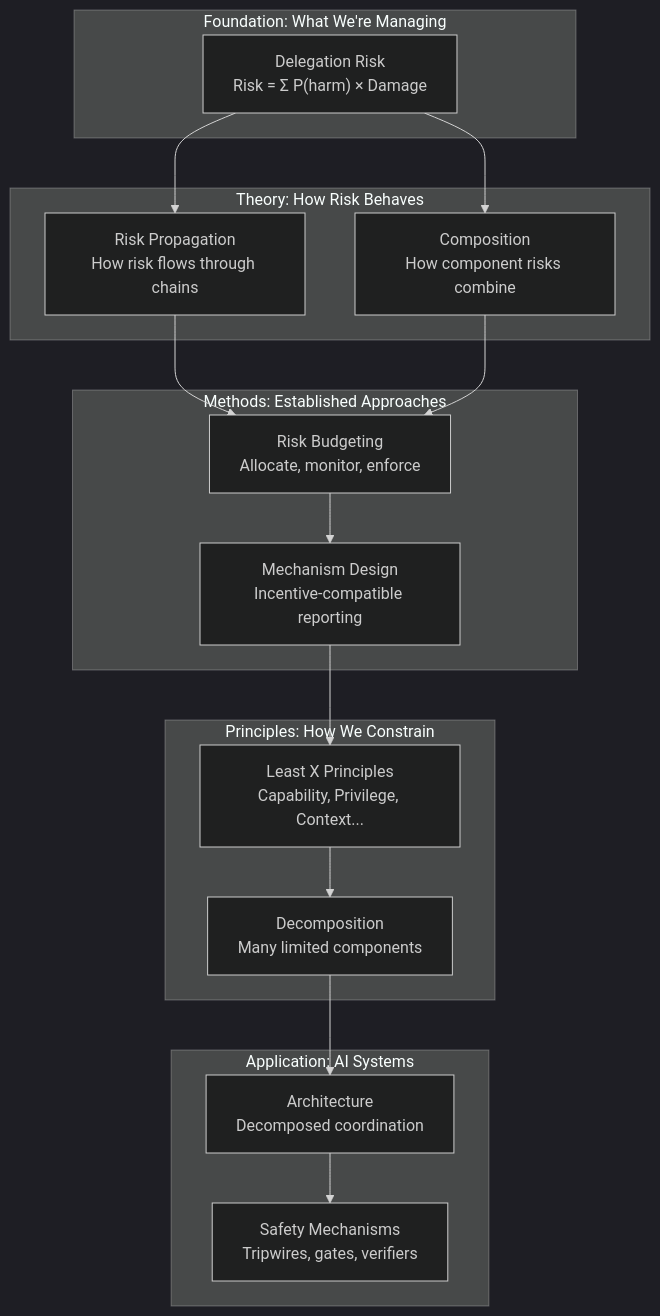
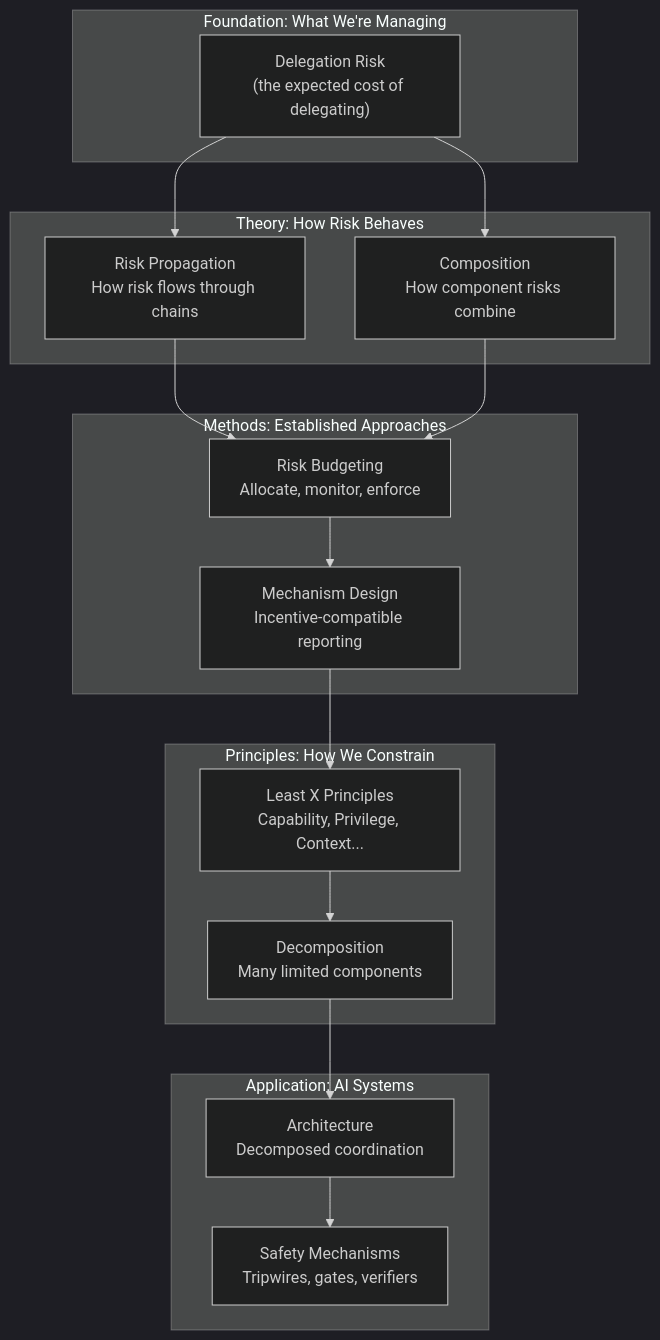
Before and after one commit to quantified-uncertainty/cairn: the first of 6 diagrams in apps/delegation-risk/src/content/docs/getting-started/core-concepts.md, drawn with Mermaid (dark theme). The commit also changed other lines of this file and 62 other files, not shown here.

````diff
--- a/apps/delegation-risk/src/content/docs/getting-started/core-concepts.md
+++ b/apps/delegation-risk/src/content/docs/getting-started/core-concepts.md
@@ -16,36 +16,36 @@
 ```mermaid
 flowchart TB
     subgraph Foundation["Foundation: What We're Managing"]
-        RISK["Delegation Risk<br/>Risk = Σ P(harm) × Damage"]
+        RISK["Delegation Risk<br/>(the expected cost of delegating)"]
     end
 
     subgraph Theory["Theory: How Risk Behaves"]
         PROP["Risk Propagation<br/>How risk flows through chains"]
         COMP["Composition<br/>How component risks combine"]
     end
 
     subgraph Methods["Methods: Established Approaches"]
         BUDGET["Risk Budgeting<br/>Allocate, monitor, enforce"]
         MECH["Mechanism Design<br/>Incentive-compatible reporting"]
     end
 
     subgraph Principles["Principles: How We Constrain"]
         LEASTX["Least X Principles<br/>Capability, Privilege, Context..."]
         DECOMP["Decomposition<br/>Many limited components"]
     end
 
     subgraph Application["Application: AI Systems"]
         ARCH["Architecture<br/>Decomposed coordination"]
         SAFETY["Safety Mechanisms<br/>Tripwires, gates, verifiers"]
     end
 
     RISK --> PROP
     RISK --> COMP
     PROP --> BUDGET
     COMP --> BUDGET
     BUDGET --> MECH
     MECH --> LEASTX
     LEASTX --> DECOMP
     DECOMP --> ARCH
     ARCH --> SAFETY
 ```
````
